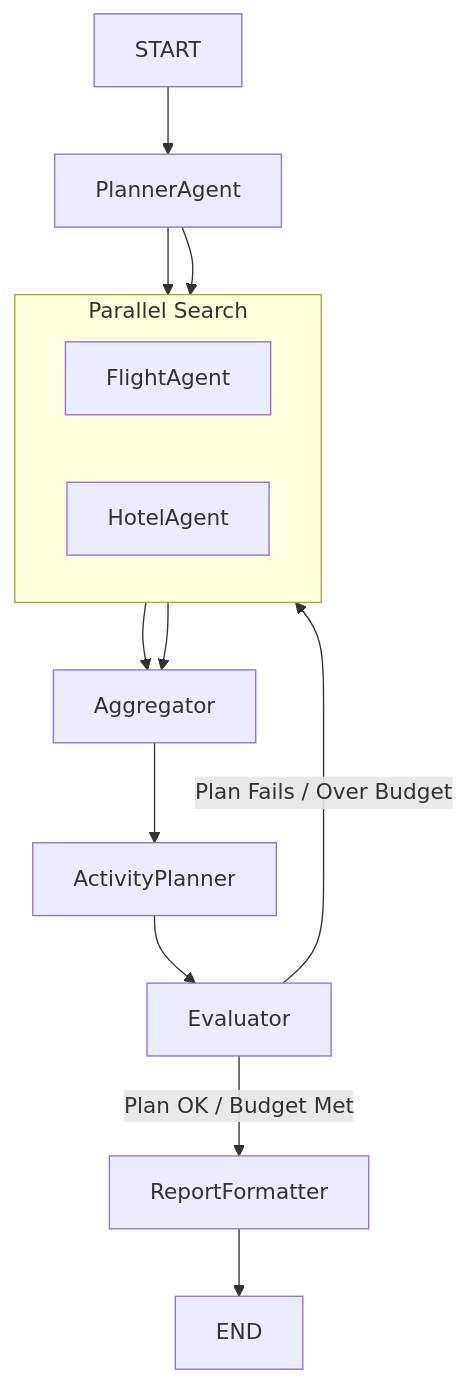
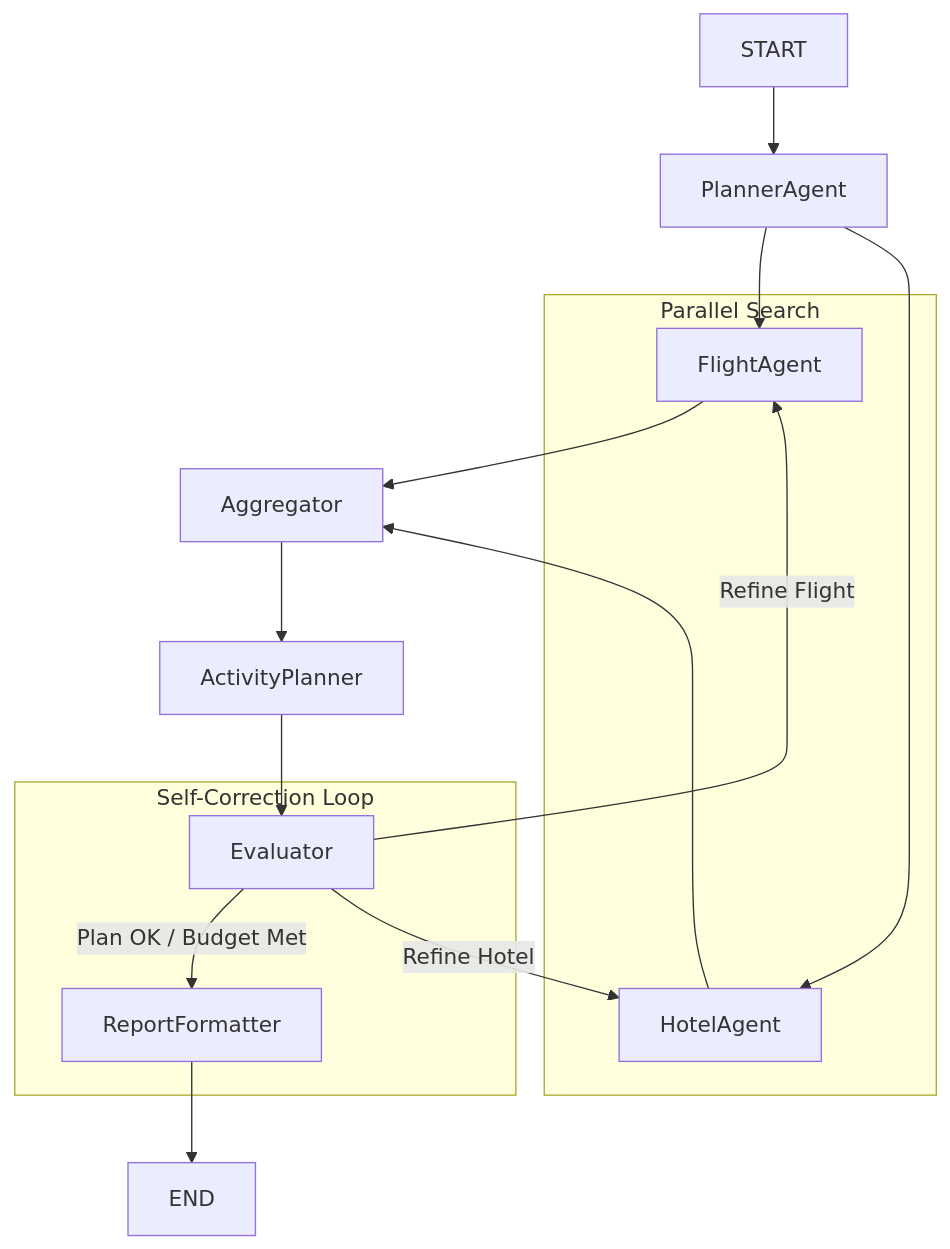
The diagram in README.md (berkyalkn/AI-travel-agent), drawn with Mermaid before and after one commit. The commit also changed other lines of this file, not shown here.

Commit message:
Comprehensively update README for final agent architecture

````diff
--- a/README.md
+++ b/README.md
@@ -41,23 +39,22 @@
 ```mermaid
 graph TD
     START --> PlannerAgent
-    PlannerAgent --> FlightAgent
-    PlannerAgent --> HotelAgent
+    PlannerAgent --> FlightAgent & HotelAgent
     
     subgraph "Parallel Search"
-        direction LR
-        FlightAgent
-        HotelAgent
+      FlightAgent
+      HotelAgent
     end
 
-    FlightAgent --> Aggregator
-    HotelAgent --> Aggregator
-    
+    FlightAgent & HotelAgent --> Aggregator
     Aggregator --> ActivityPlanner
     ActivityPlanner --> Evaluator
     
-    Evaluator -- "Plan OK / Budget Met" --> ReportFormatter
-    Evaluator -- "Plan Fails / Over Budget" --> HotelAgent
+    subgraph "Self-Correction Loop"
+        Evaluator -- "Plan OK / Budget Met" --> ReportFormatter
+        Evaluator -- "Refine Hotel" --> HotelAgent
+        Evaluator -- "Refine Flight" --> FlightAgent
+    end
     
     ReportFormatter --> END
 ```
````
